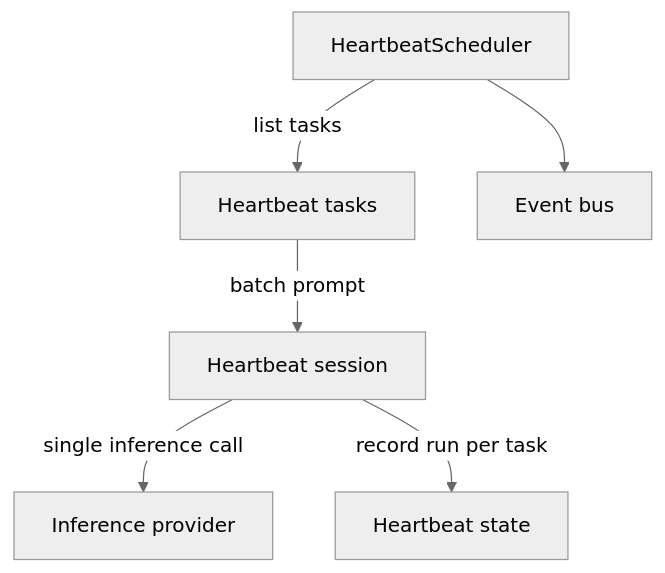
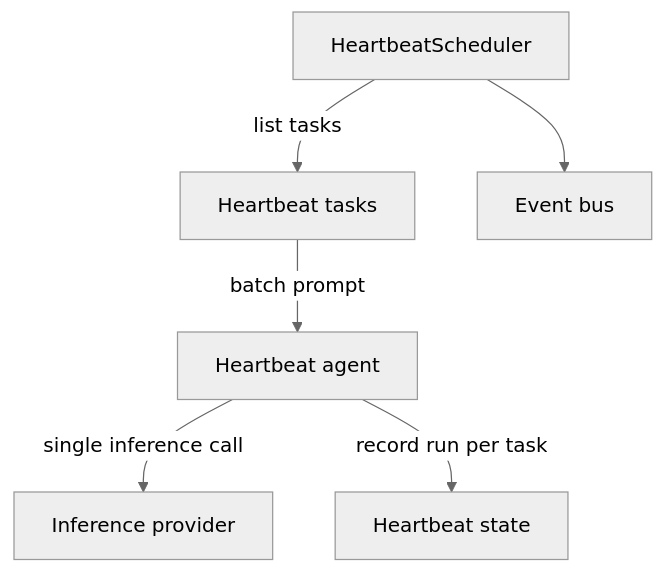
The second of 5 diagrams in docs/engine.md (ex3ndr/claybot), drawn with Mermaid (neutral theme) before and after one commit. The commit also changed other lines of this file and 138 other files, not shown here.

````diff
--- a/docs/engine.md
+++ b/docs/engine.md
@@ -68,8 +70,8 @@
 ```mermaid
 flowchart TD
   Scheduler[HeartbeatScheduler] -->|list tasks| Tasks[Heartbeat tasks]
-  Tasks -->|batch prompt| HeartbeatSession[Heartbeat session]
-  HeartbeatSession -->|single inference call| Provider[Inference provider]
-  HeartbeatSession -->|record run per task| Store[Heartbeat state]
+  Tasks -->|batch prompt| HeartbeatAgent[Heartbeat agent]
+  HeartbeatAgent -->|single inference call| Provider[Inference provider]
+  HeartbeatAgent -->|record run per task| Store[Heartbeat state]
   Scheduler --> Events[Event bus]
 ```
````
